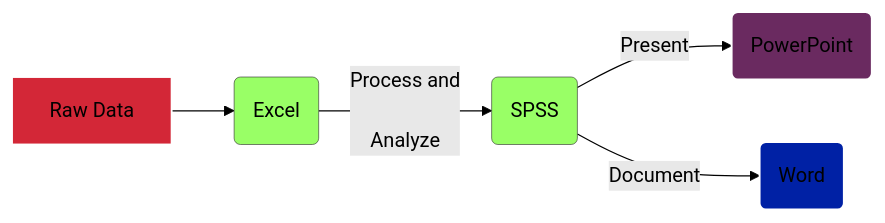
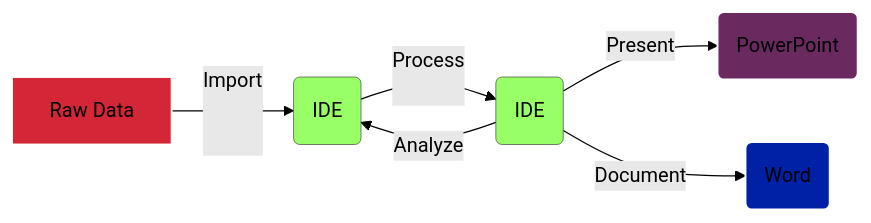
Before and after one commit to UF-SPLab/coding-capabilities-science: the tenth of 14 diagrams in cultivate_coding.qmd, drawn with Mermaid. The commit also changed other lines of this file and 1 other file, not shown here.

````diff
--- a/cultivate_coding.qmd
+++ b/cultivate_coding.qmd
@@ -487,32 +573,28 @@
 ```{mermaid, echo=FALSE, warning=FALSE, message=FALSE, fig.width=12, fig.height=2}
 
 %%{init: {'theme':'forest'}}%%
 
 graph LR
-    A[Raw Data] --> B(Excel)
-    B -->|Process and </tab> </br> </br> </tab> Analyze| C(SPSS)
+
+    A[Raw Data] -->|Import </br> </br> </br> | B(IDE)
+    B -->|Process </br> </br> </tab> | C(IDE)
+    C -->|Analyze| B
     C -->|Present| D(PowerPoint)
     C -->|Document| E(Word)
     
 
     classDef green fill:#9f6,stroke:#333,stroke-width:0.5px;
     classDef orange fill:#f96,stroke:#333,stroke-width:1px;
     classDef white fill:#fff,stroke:#333,stroke-width:1px; 
     classDef blue fill:#6699cc,stroke:#333,stroke-width:1px;
     classDef red fill:#D32737,stroke:#FFF,stroke-width:1.5px;
     classDef purple fill:#6A2A60,stroke:#FFF,stroke-width:1.5px;
     classDef royalblue fill:#0021A5,stroke:#FFF,stroke-width:1.5px;
     
     class B,C green
     class A red
     class E royalblue
     class D purple
     
     
-    %%style A fill:#f9f,stroke:#333,stroke-width:2px
-    %%style B fill:#bbf,stroke:#333,stroke-width:2px
-    %%style C fill:#fbf,stroke:#333,stroke-width:2px
-    %%style D fill:#bfb,stroke:#333,stroke-width:2px
-    %%style E fill:#ffb,stroke:#333,stroke-width:2px
-    
 ```
````
